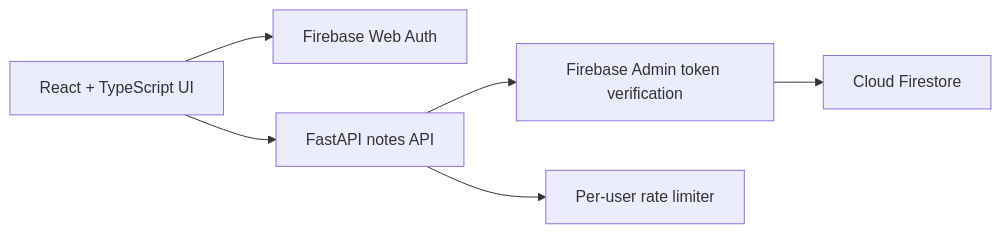
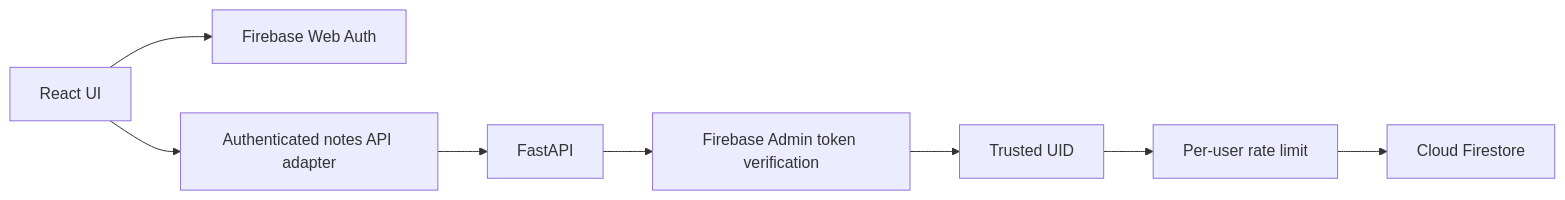
One commit to Yangjunjie-Lin/notevault changed the diagram in docs/architecture.md. Above: the diagram before and after it, drawn with Mermaid. The commit also changed other lines of this file and 49 other files, not shown here.

````diff
--- a/docs/architecture.md
+++ b/docs/architecture.md
@@ -7,8 +5,10 @@
-~~~mermaid
+```mermaid
 flowchart LR
-  UI["React + TypeScript UI"] --> Auth["Firebase Web Auth"]
-  UI --> API["FastAPI notes API"]
+  UI["React UI"] --> Auth["Firebase Web Auth"]
+  UI --> Adapter["Authenticated notes API adapter"]
+  Adapter --> API["FastAPI"]
   API --> Verify["Firebase Admin token verification"]
-  Verify --> Store["Cloud Firestore"]
-  API --> Limit["Per-user rate limiter"]
-~~~
+  Verify --> UID["Trusted UID"]
+  UID --> Limit["Per-user rate limit"]
+  Limit --> Store["Cloud Firestore"]
+```
````
